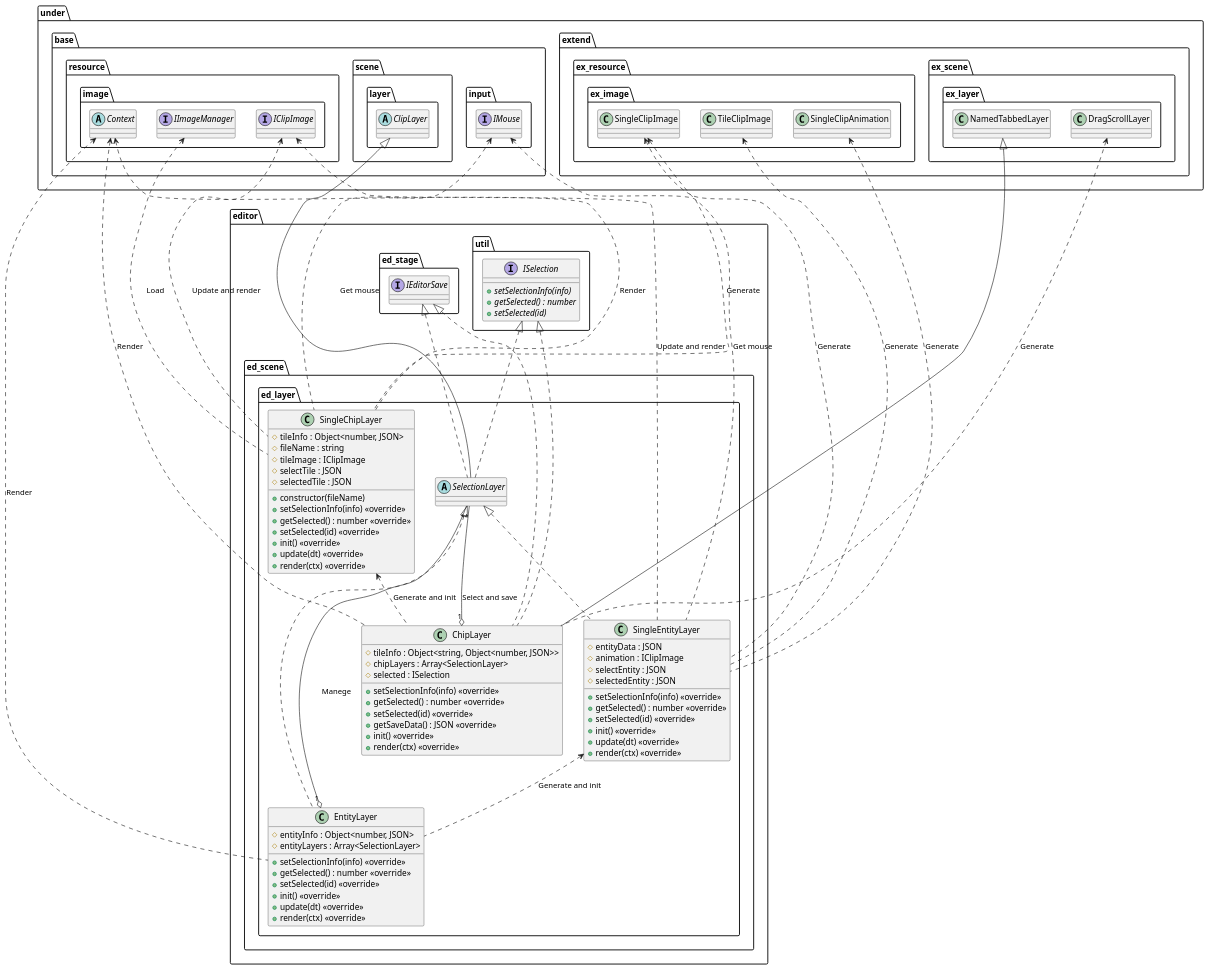
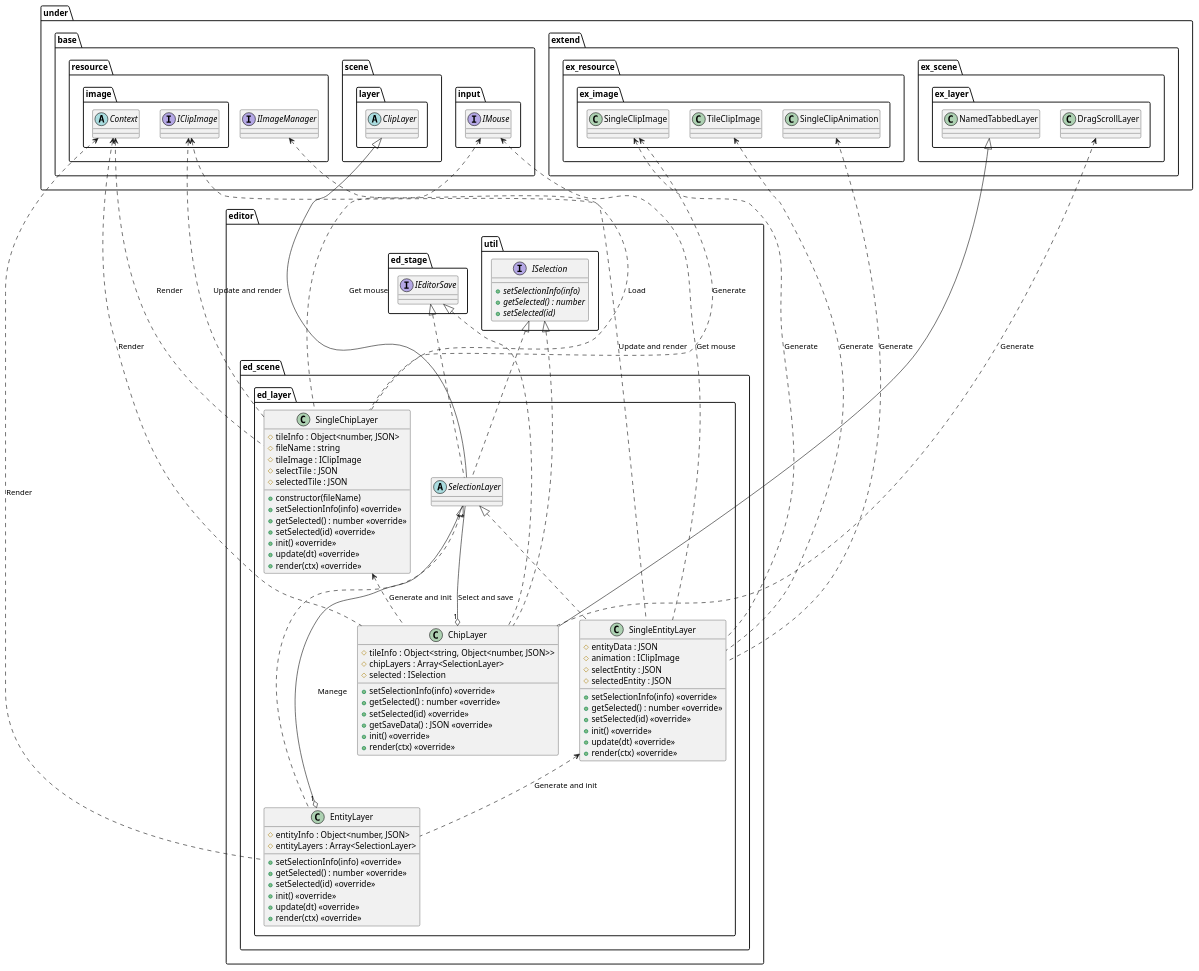
One commit to Expine/Under changed the diagram in uml/editor/scene/Selection.wsd. Above: the diagram before and after it, drawn with PlantUML. The commit also changed 45 other files, not shown here.

```diff
--- a/uml/editor/scene/Selection.wsd
+++ b/uml/editor/scene/Selection.wsd
@@ -1,137 +1,137 @@
 @startuml EditorSelection
 
 package editor {
     package ed_scene {
         package ed_layer {
             abstract SelectionLayer
             class ChipLayer {
                 #tileInfo : Object<string, Object<number, JSON>>
                 #chipLayers : Array<SelectionLayer>
                 #selected : ISelection
                 +setSelectionInfo(info) <<override>>
                 +getSelected() : number <<override>>
                 +setSelected(id) <<override>>
                 +getSaveData() : JSON <<override>>
                 +init() <<override>>
                 +render(ctx) <<override>>
             }
             class EntityLayer {
                 #entityInfo : Object<number, JSON>
                 #entityLayers : Array<SelectionLayer>
                 +setSelectionInfo(info) <<override>>
                 +getSelected() : number <<override>>
                 +setSelected(id) <<override>>
                 +init() <<override>>
                 +update(dt) <<override>>
                 +render(ctx) <<override>>
             }
             class SingleChipLayer {
                 +constructor(fileName)
                 #tileInfo : Object<number, JSON>
                 #fileName : string
                 #tileImage : IClipImage
                 #selectTile : JSON
                 #selectedTile : JSON
                 +setSelectionInfo(info) <<override>>
                 +getSelected() : number <<override>>
                 +setSelected(id) <<override>>
                 +init() <<override>>
                 +update(dt) <<override>>
                 +render(ctx) <<override>>
             }
             class SingleEntityLayer {
                 #entityData : JSON
                 #animation : IClipImage
                 #selectEntity : JSON
                 #selectedEntity : JSON
                 +setSelectionInfo(info) <<override>>
                 +getSelected() : number <<override>>
                 +setSelected(id) <<override>>
                 +init() <<override>>
                 +update(dt) <<override>>
                 +render(ctx) <<override>>
             }
         }
     }
 
     package util {
         interface ISelection {
             {abstract} +setSelectionInfo(info)
             {abstract} +getSelected() : number
             {abstract} +setSelected(id)
         }
     }
 }
 
 package under {
     package base {
         package input {
             interface IMouse
         }
         package resource {
+            interface IImageManager
             package image {
                 abstract Context
-                interface IImageManager
                 interface IClipImage
             }
         }
         package scene {
             package layer {
                 abstract ClipLayer
             }
         }
     }
     package extend {
         package ex_resource {
             package ex_image {
                 class SingleClipImage
                 class TileClipImage
                 class SingleClipAnimation
             }
         }
         package ex_scene {
             package ex_layer {
                 class DragScrollLayer
                 class NamedTabbedLayer
             }
         }
     }
 }
 
 package editor {
     package ed_stage {
         interface IEditorSave
     }
 }
 
 SelectionLayer "*" --o "1" ChipLayer  : Select and save
 SingleChipLayer <.. ChipLayer : Generate and init
 DragScrollLayer <... ChipLayer : Generate
 Context <... ChipLayer : Render
 
 SelectionLayer "*" --o "1" EntityLayer  : Manege
 SingleEntityLayer <.. EntityLayer : Generate and init
 Context <... EntityLayer : Render
 
 SingleClipImage <... SingleChipLayer : Generate
 IClipImage <... SingleChipLayer : Update and render
 IMouse <... SingleChipLayer : Get mouse
 IImageManager <... SingleChipLayer : Load
 Context <... SingleChipLayer : Render
 
 SingleClipImage <... SingleEntityLayer : Generate
 TileClipImage <... SingleEntityLayer : Generate
 SingleClipAnimation <... SingleEntityLayer : Generate
 IClipImage <... SingleEntityLayer : Update and render
 IMouse <... SingleEntityLayer : Get mouse
 
 ClipLayer <|-- SelectionLayer
 ISelection <|.. SelectionLayer
 IEditorSave <|.. SelectionLayer
 NamedTabbedLayer <|-- ChipLayer
 ISelection <|.. ChipLayer
 IEditorSave <|.. ChipLayer
 SelectionLayer <|.. EntityLayer
 SelectionLayer <|.. SingleEntityLayer
 
 @enduml
```
